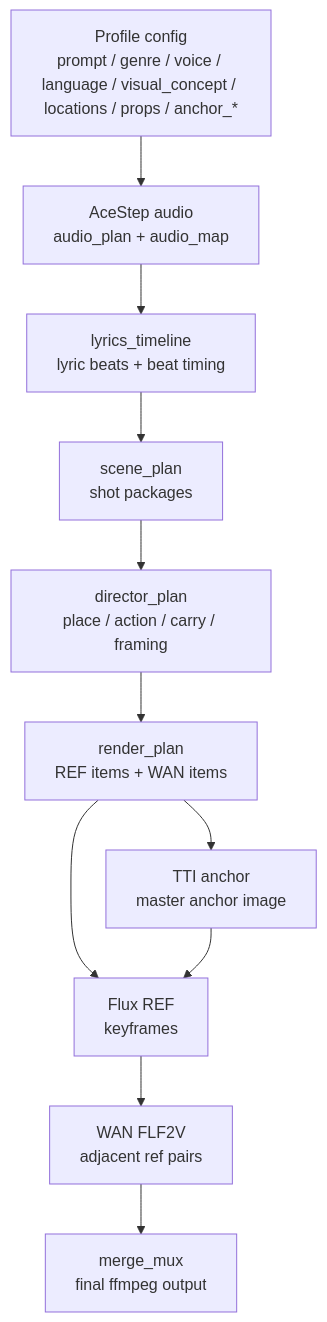
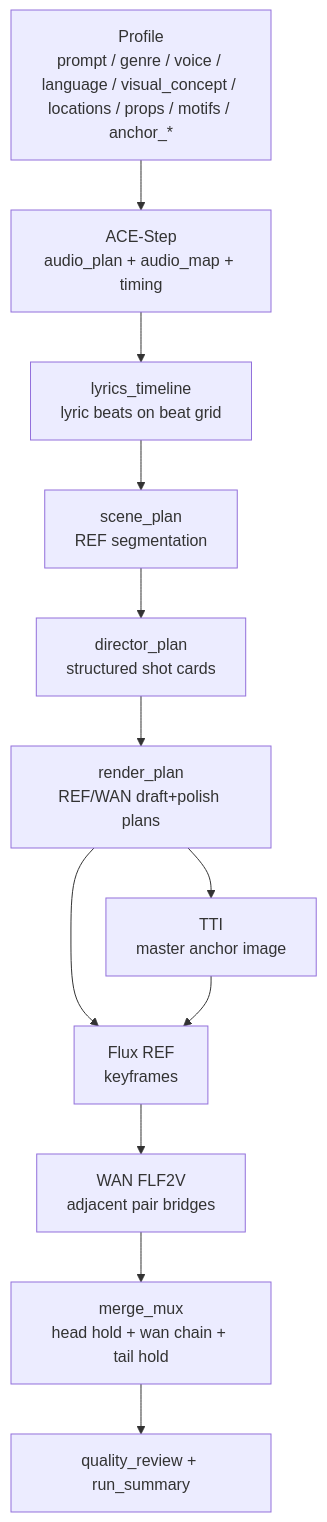
Before and after one commit to jisub-lee-0906/ai-music-video: the diagram in docs/pipeline-overview.md, drawn with Mermaid. The commit also changed other lines of this file and 28 other files, not shown here.

Commit message:
Rework MV timing pipeline and add LLM review

````diff
--- a/docs/pipeline-overview.md
+++ b/docs/pipeline-overview.md
@@ -14,13 +14,14 @@
 ```mermaid
 flowchart TD
-    A["Profile config<br/>prompt / genre / voice / language / visual_concept / locations / props / anchor_*"] --> B["AceStep audio<br/>audio_plan + audio_map"]
-    B --> C["lyrics_timeline<br/>lyric beats + beat timing"]
-    C --> D["scene_plan<br/>shot packages"]
-    D --> E["director_plan<br/>place / action / carry / framing"]
-    E --> F["render_plan<br/>REF items + WAN items"]
-    F --> G["TTI anchor<br/>master anchor image"]
+    A["Profile<br/>prompt / genre / voice / language / visual_concept / locations / props / motifs / anchor_*"] --> B["ACE-Step<br/>audio_plan + audio_map + timing"]
+    B --> C["lyrics_timeline<br/>lyric beats on beat grid"]
+    C --> D["scene_plan<br/>REF segmentation"]
+    D --> E["director_plan<br/>structured shot cards"]
+    E --> F["render_plan<br/>REF/WAN draft+polish plans"]
+    F --> G["TTI<br/>master anchor image"]
     F --> H["Flux REF<br/>keyframes"]
     G --> H
-    H --> I["WAN FLF2V<br/>adjacent ref pairs"]
-    I --> J["merge_mux<br/>final ffmpeg output"]
+    H --> I["WAN FLF2V<br/>adjacent pair bridges"]
+    I --> J["merge_mux<br/>head hold + wan chain + tail hold"]
+    J --> K["quality_review + run_summary"]
 ```
````
